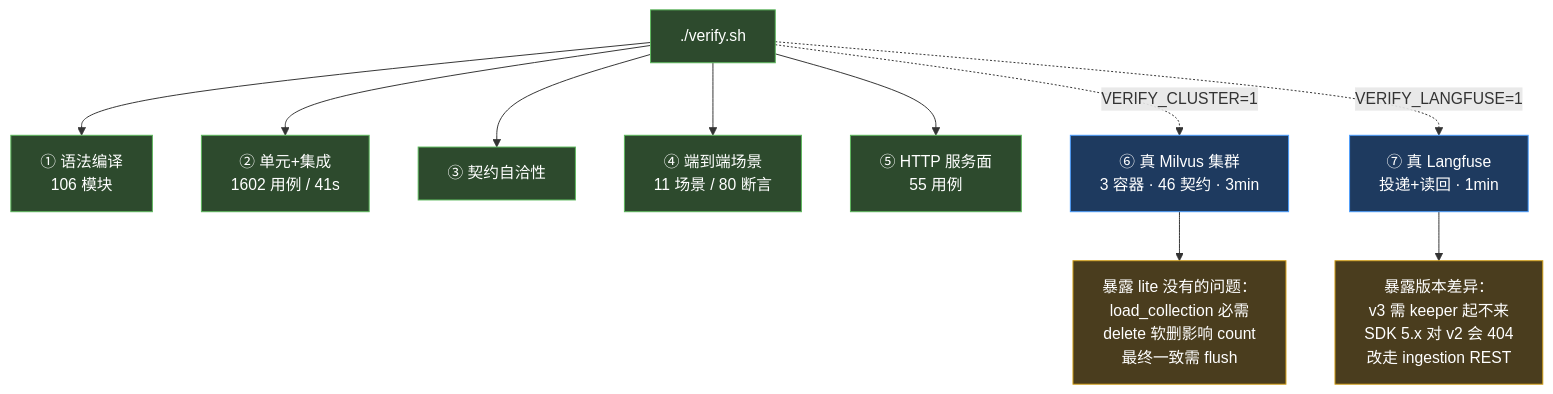
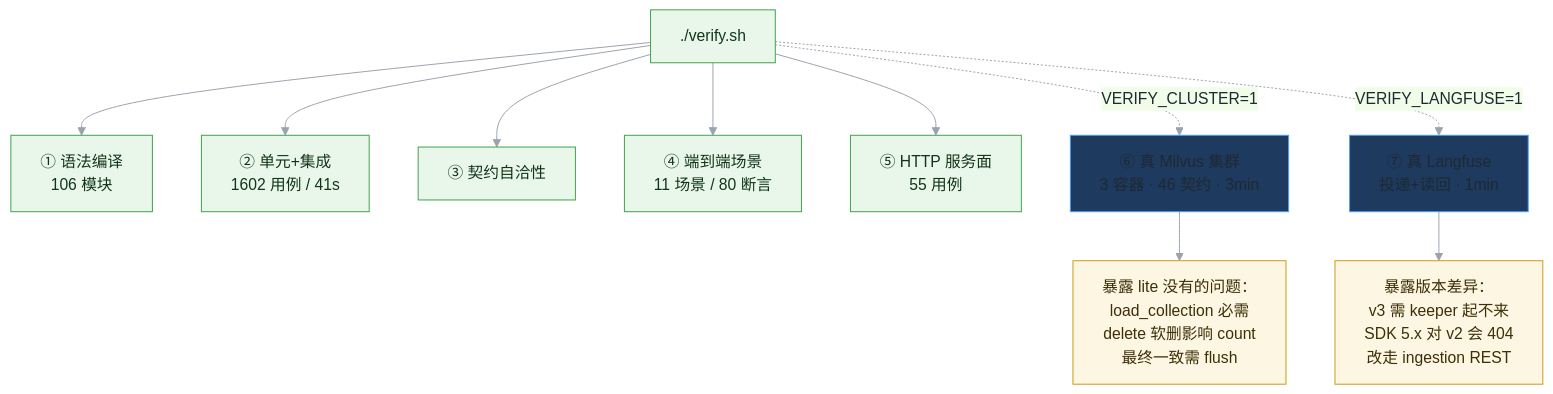
One commit to XiaoBinGan/Turing_AgentRuntime changed the fourth of 4 diagrams in docs/design/STATUS.md. Above: the diagram before and after it, drawn with Mermaid. The commit also changed other lines of this file and 5 other files, not shown here.

First line of the commit message:
Convert diagrams and site to a light theme

````diff
--- a/docs/design/STATUS.md
+++ b/docs/design/STATUS.md
@@ -197,19 +200,20 @@
 ```mermaid
+%%{init: {"theme":"base","themeVariables":{"background":"#ffffff","primaryColor":"#e8f1fd","primaryTextColor":"#1f2933","lineColor":"#9aa2ad","fontFamily":"-apple-system,BlinkMacSystemFont,Segoe UI,PingFang SC,sans-serif"}}}%%
 flowchart TB
-    classDef done fill:#2d4a2d,stroke:#5cb85c,color:#fff
-    classDef opt fill:#4a3d1e,stroke:#d4a017,color:#fff
-    classDef real fill:#1e3a5f,stroke:#4a9eff,color:#fff
+    classDef done fill:#e9f7ea,stroke:#3fa14a,color:#12351a
+    classDef opt fill:#fdf6e3,stroke:#c99a16,color:#3d2f08
+    classDef real fill:#1e3a5f,stroke:#4a9eff,color:#1f2933
 
     V["./verify.sh"]:::done
 
     V --> G1["① 语法编译<br/>106 模块"]:::done
     V --> G2["② 单元+集成<br/>1602 用例 / 41s"]:::done
     V --> G3["③ 契约自洽性"]:::done
     V --> G4["④ 端到端场景<br/>11 场景 / 80 断言"]:::done
     V --> G5["⑤ HTTP 服务面<br/>55 用例"]:::done
     V -.VERIFY_CLUSTER=1.-> G6["⑥ 真 Milvus 集群<br/>3 容器 · 46 契约 · 3min"]:::real
     V -.VERIFY_LANGFUSE=1.-> G7["⑦ 真 Langfuse<br/>投递+读回 · 1min"]:::real
 
     G6 --> R1["暴露 lite 没有的问题：<br/>load_collection 必需<br/>delete 软删影响 count<br/>最终一致需 flush"]:::opt
     G7 --> R2["暴露版本差异：<br/>v3 需 keeper 起不来<br/>SDK 5.x 对 v2 会 404<br/>改走 ingestion REST"]:::opt
 ```
````
